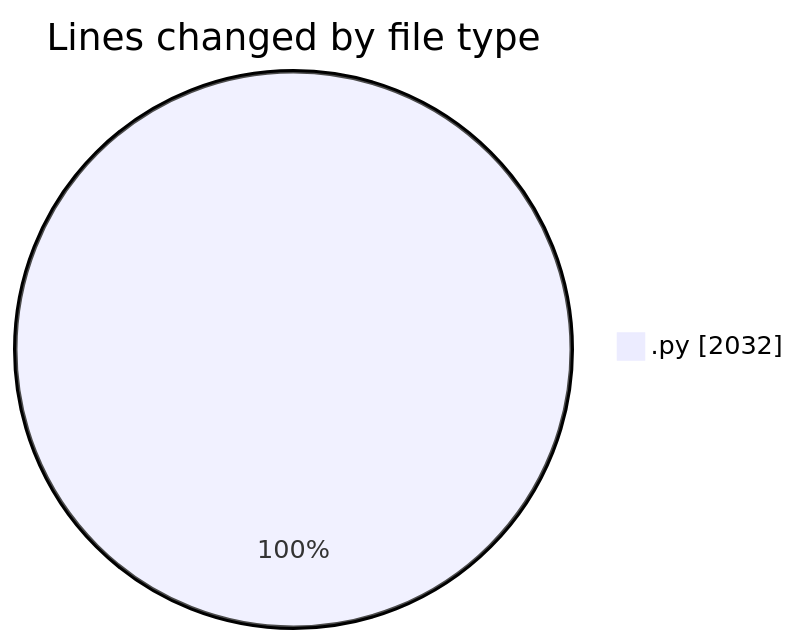
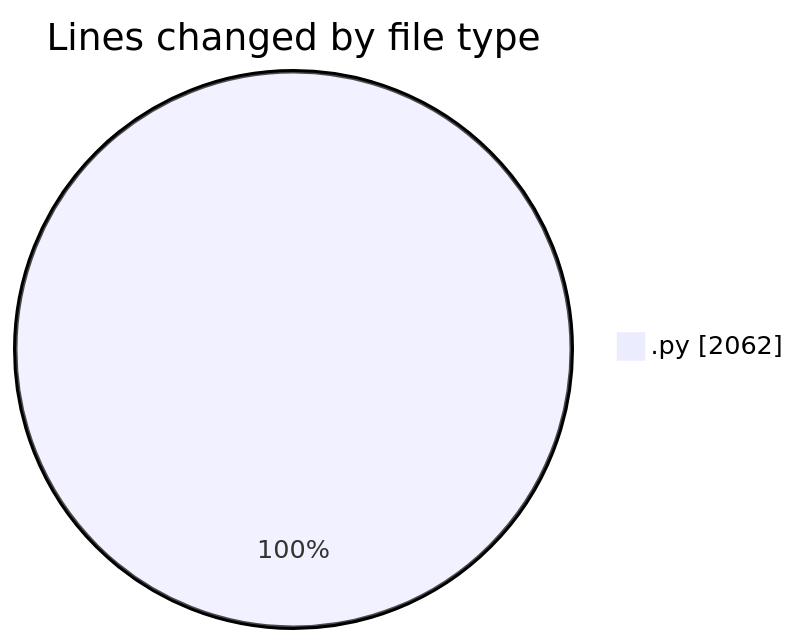
One commit to FelipKnott/code-tracking changed the first of 2 diagrams in 2025-07-02/cursor/README.md. Above: the diagram before and after it, drawn with Mermaid. The commit also changed other lines of this file and 1 other file, not shown here.

````diff
--- a/2025-07-02/cursor/README.md
+++ b/2025-07-02/cursor/README.md
@@ -23,5 +23,5 @@
 ```mermaid
 pie showData
 title Lines changed by file type
-".py" : 2032
+".py" : 2062
 ```
````
